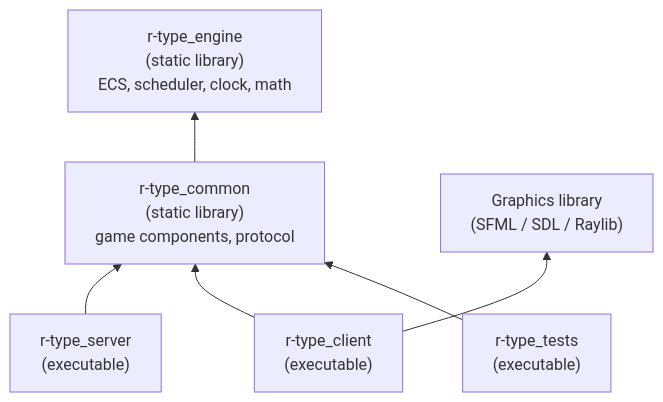
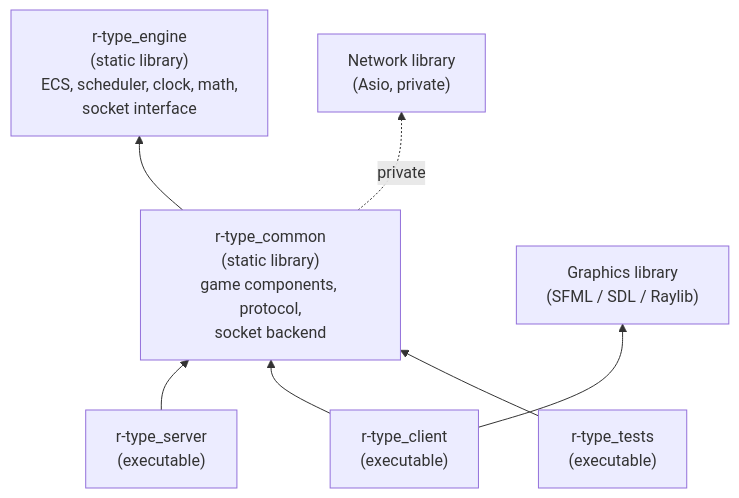
One commit to T3a1/RType-mirror changed the first of 6 diagrams in docs/ARCHITECTURE.md. Above: the diagram before and after it, drawn with Mermaid. The commit also changed other lines of this file and 1 other file, not shown here.

First line of the commit message:
(network) docs: network abstraction

````diff
--- a/docs/ARCHITECTURE.md
+++ b/docs/ARCHITECTURE.md
@@ -31,15 +31,17 @@
 ```mermaid
 flowchart BT
-    engine["r-type_engine<br/>(static library)<br/>ECS, scheduler, clock, math"]
-    common["r-type_common<br/>(static library)<br/>game components, protocol"]
+    engine["r-type_engine<br/>(static library)<br/>ECS, scheduler, clock, math,<br/>socket interface"]
+    common["r-type_common<br/>(static library)<br/>game components, protocol,<br/>socket backend"]
     server["r-type_server<br/>(executable)"]
     client["r-type_client<br/>(executable)"]
     tests["r-type_tests<br/>(executable)"]
     gfx["Graphics library<br/>(SFML / SDL / Raylib)"]
+    net["Network library<br/>(Asio, private)"]
 
     common --> engine
+    common -. private .-> net
     server --> common
     client --> common
     client --> gfx
     tests --> common
 ```
````
